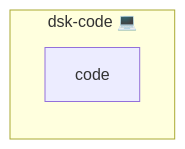
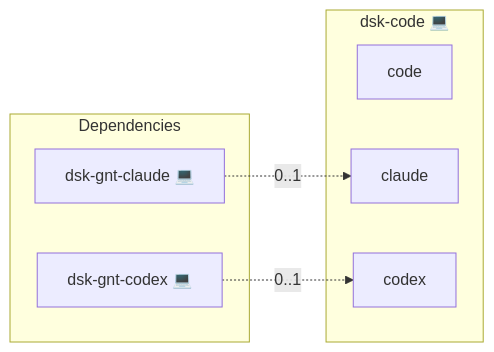
One commit to infinito-nexus/core changed the diagram in roles/dsk-code/README.md. Above: the diagram before and after it, drawn with Mermaid. The commit also changed 4 other files, not shown here.

````diff
--- a/roles/dsk-code/README.md
+++ b/roles/dsk-code/README.md
@@ -19,6 +19,14 @@
 ```mermaid
 flowchart LR
+    subgraph deps [Dependencies]
+        dep_dsk_gnt_claude["dsk-gnt-claude 💻"]
+        dep_dsk_gnt_codex["dsk-gnt-codex 💻"]
+    end
     subgraph role [dsk-code 💻]
         svc_code["code"]
+        svc_claude["claude"]
+        svc_codex["codex"]
     end
+    dep_dsk_gnt_claude -. "0..1" .-> svc_claude
+    dep_dsk_gnt_codex -. "0..1" .-> svc_codex
 ```
````
